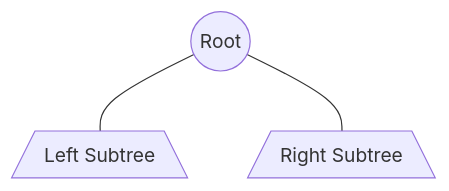
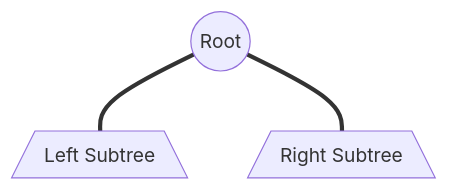
One commit to IsshikiHugh/notebook changed the first of 12 diagrams in docs/cour_note/D2CX_AdvancedDataStructure/Lec01.md. Above: the diagram before and after it, drawn with Mermaid. The commit also changed other lines of this file and 1 other file, not shown here.

````diff
--- a/docs/cour_note/D2CX_AdvancedDataStructure/Lec01.md
+++ b/docs/cour_note/D2CX_AdvancedDataStructure/Lec01.md
@@ -49,8 +59,8 @@
         ```mermaid
         graph TD;
         A(("Root"))
         B[/"Left Subtree"\]
         C[/"Right Subtree"\]
-        A --- B
-        A --- C
+        A === B
+        A === C
         ```
````
